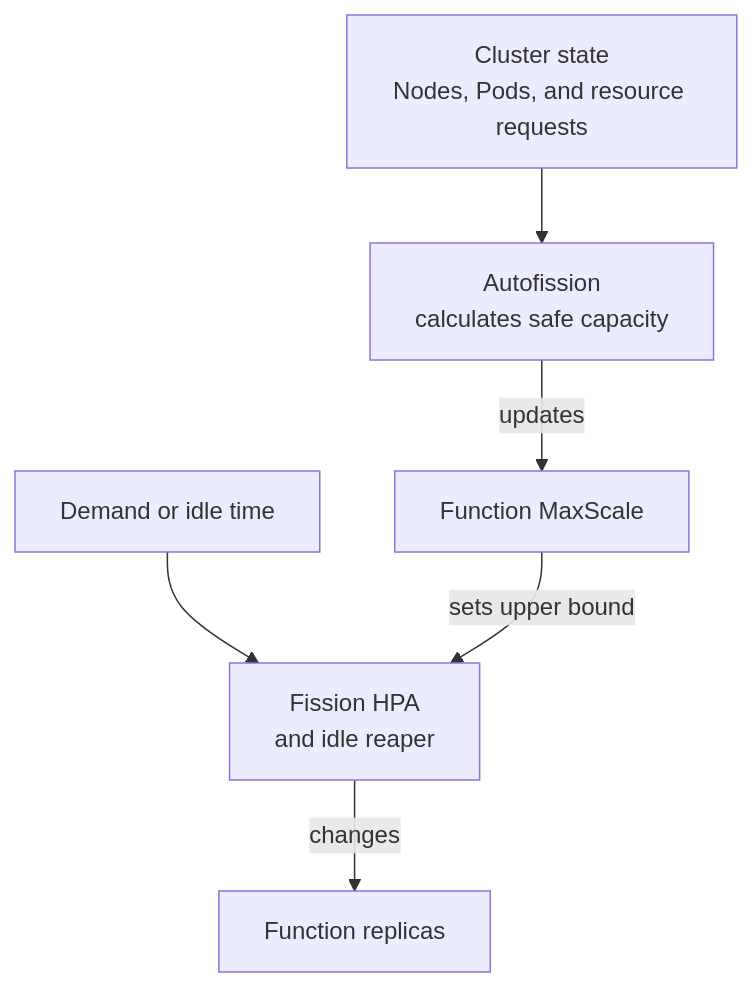
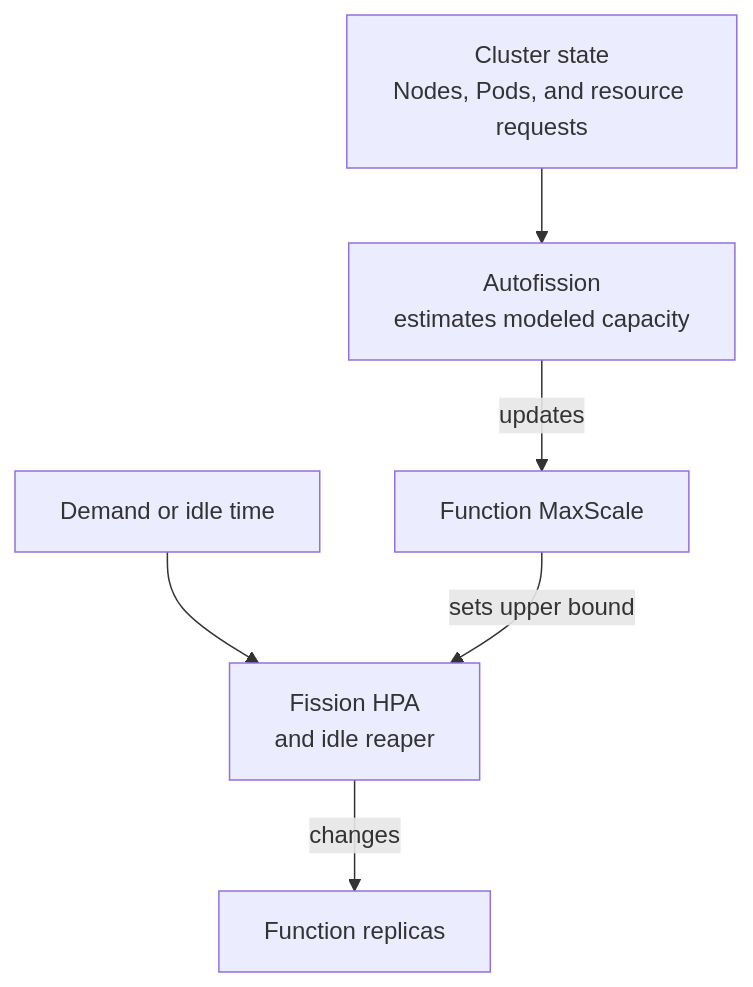
One commit to mutating/autofission changed the diagram in README.md. Above: the diagram before and after it, drawn with Mermaid. The commit also changed other lines of this file, not shown here.

````diff
--- a/README.md
+++ b/README.md
@@ -21,8 +21,8 @@
 ```mermaid
 flowchart TD
-    state["Cluster state<br/>Nodes, Pods, and resource requests"] --> autofission["Autofission<br/>calculates safe capacity"]
+    state["Cluster state<br/>Nodes, Pods, and resource requests"] --> autofission["Autofission<br/>estimates modeled capacity"]
     autofission -->|updates| limit["Function MaxScale"]
     demand["Demand or idle time"] --> scaling["Fission HPA<br/>and idle reaper"]
     limit -->|sets upper bound| scaling
     scaling -->|changes| replicas["Function replicas"]
 ```
````
